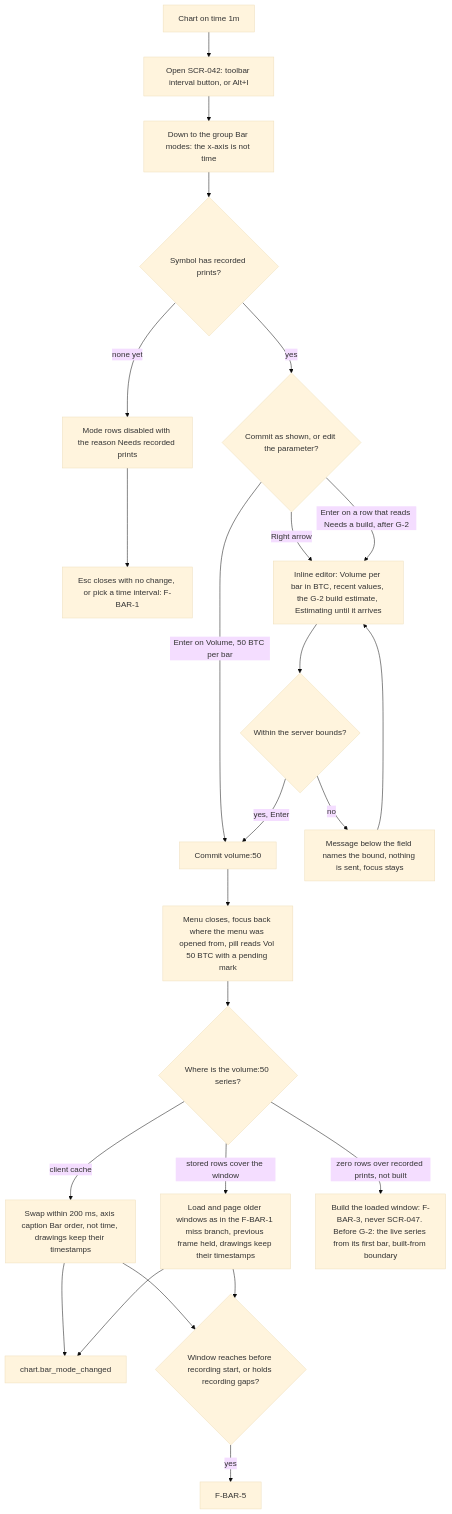
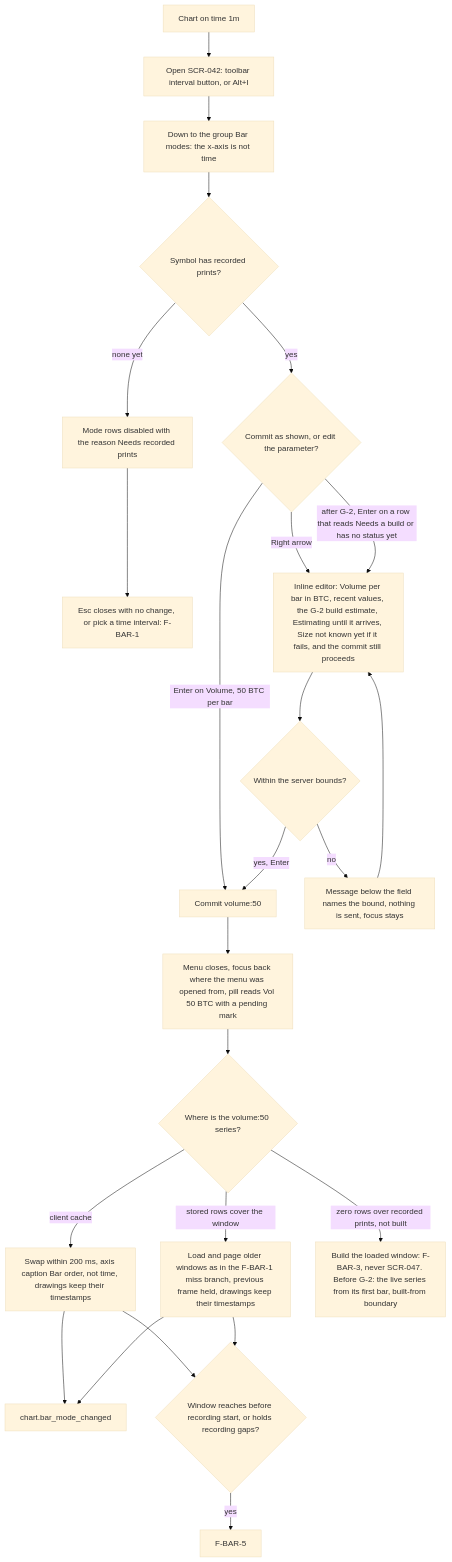
One commit to CandleViewer/CandleViewer changed diagram 27 of 30 in docs/plan/13-user-flows.md. Above: the diagram before and after it, drawn with Mermaid (base theme). The commit also changed other lines of this file and 1 other file, not shown here.

First line of the commit message:
docs(chart-engine): fold the round-3 review into the F-BAR flows and SCR-030 matrix

````diff
--- a/docs/plan/13-user-flows.md
+++ b/docs/plan/13-user-flows.md
@@ -781,26 +785,26 @@
 ```mermaid
 flowchart TD
   A2["Chart on time 1m"] --> B2["Open SCR-042: toolbar interval button, or Alt+I"]
   B2 --> C2["Down to the group Bar modes: the x-axis is not time"]
   C2 --> D2{"Symbol has recorded prints?"}
   D2 -->|none yet| E2["Mode rows disabled with the reason Needs recorded prints"]
   E2 --> F2["Esc closes with no change, or pick a time interval: F-BAR-1"]
   D2 -->|yes| G2{"Commit as shown, or edit the parameter?"}
   G2 -->|Enter on Volume, 50 BTC per bar| H2["Commit volume:50"]
-  G2 -->|Right arrow| I2["Inline editor: Volume per bar in BTC, recent values, the G-2 build estimate, Estimating until it arrives"]
-  G2 -->|Enter on a row that reads Needs a build, after G-2| I2
+  G2 -->|Right arrow| I2["Inline editor: Volume per bar in BTC, recent values, the G-2 build estimate, Estimating until it arrives, Size not known yet if it fails, and the commit still proceeds"]
+  G2 -->|after G-2, Enter on a row that reads Needs a build or has no status yet| I2
   I2 --> J2{"Within the server bounds?"}
   J2 -->|no| K2["Message below the field names the bound, nothing is sent, focus stays"]
   K2 --> I2
   J2 -->|yes, Enter| H2
   H2 --> L2["Menu closes, focus back where the menu was opened from, pill reads Vol 50 BTC with a pending mark"]
   L2 --> M2{"Where is the volume:50 series?"}
   M2 -->|client cache| N2["Swap within 200 ms, axis caption Bar order, not time, drawings keep their timestamps"]
   M2 -->|stored rows cover the window| O2["Load and page older windows as in the F-BAR-1 miss branch, previous frame held, drawings keep their timestamps"]
   M2 -->|zero rows over recorded prints, not built| P2["Build the loaded window: F-BAR-3, never SCR-047. Before G-2: the live series from its first bar, built-from boundary"]
   N2 --> Q2["chart.bar_mode_changed"]
   O2 --> Q2
   N2 --> R2{"Window reaches before recording start, or holds recording gaps?"}
   O2 --> R2
   R2 -->|yes| S2["F-BAR-5"]
 ```
````
